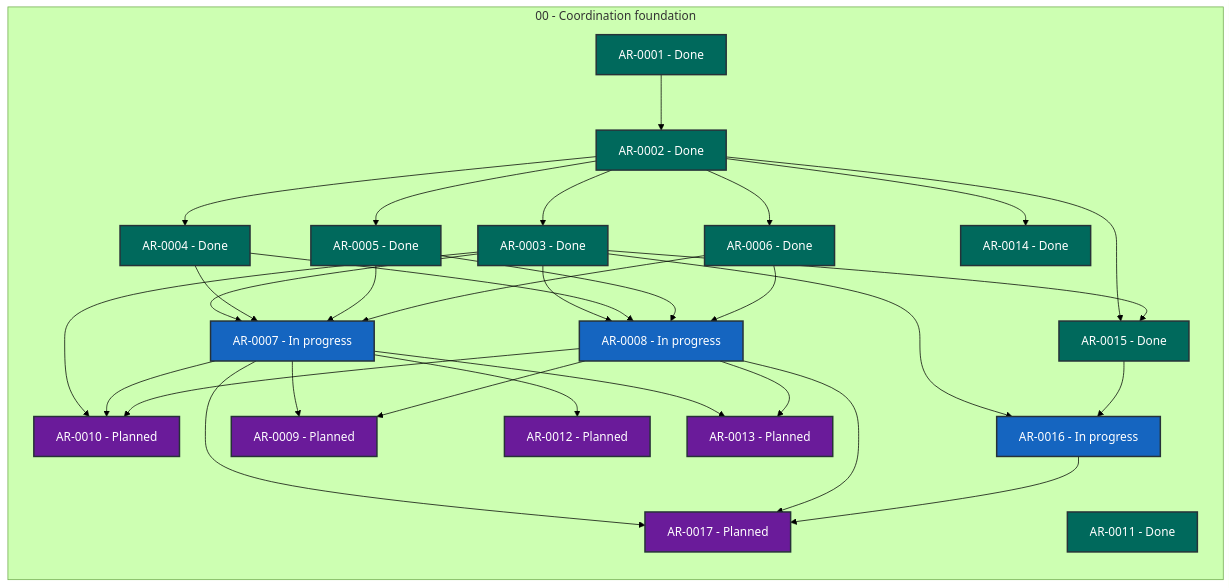
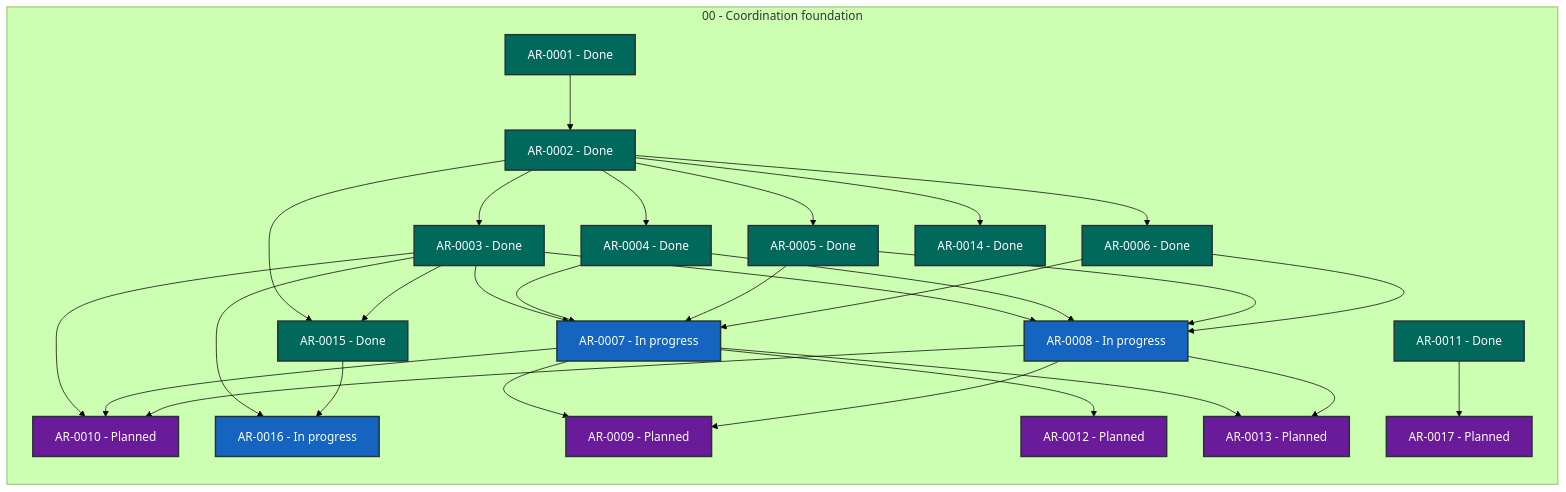
Before and after one commit to martin-beck/agent-workflow-coordinator-state: the diagram in STATUS.md, drawn with Mermaid (forest theme). The commit also changed other lines of this file, not shown here.

````diff
--- a/STATUS.md
+++ b/STATUS.md
@@ -27,60 +27,58 @@
 ```mermaid
 flowchart LR
     subgraph series_00["00 - Coordination foundation"]
         direction TB
         AR_0001["AR-0001 - Done"]:::status_done
         AR_0002["AR-0002 - Done"]:::status_done
         AR_0003["AR-0003 - Done"]:::status_done
         AR_0004["AR-0004 - Done"]:::status_done
         AR_0005["AR-0005 - Done"]:::status_done
         AR_0006["AR-0006 - Done"]:::status_done
         AR_0007["AR-0007 - In progress"]:::status_in_progress
         AR_0008["AR-0008 - In progress"]:::status_in_progress
         AR_0009["AR-0009 - Planned"]:::status_planned
         AR_0010["AR-0010 - Planned"]:::status_planned
         AR_0011["AR-0011 - Done"]:::status_done
         AR_0012["AR-0012 - Planned"]:::status_planned
         AR_0013["AR-0013 - Planned"]:::status_planned
         AR_0014["AR-0014 - Done"]:::status_done
         AR_0015["AR-0015 - Done"]:::status_done
         AR_0016["AR-0016 - In progress"]:::status_in_progress
         AR_0017["AR-0017 - Planned"]:::status_planned
     end
     AR_0001 --> AR_0002
     AR_0002 --> AR_0003
     AR_0002 --> AR_0004
     AR_0002 --> AR_0005
     AR_0002 --> AR_0006
     AR_0002 --> AR_0014
     AR_0002 --> AR_0015
     AR_0003 --> AR_0007
     AR_0003 --> AR_0008
     AR_0003 --> AR_0010
     AR_0003 --> AR_0015
     AR_0003 --> AR_0016
     AR_0004 --> AR_0007
     AR_0004 --> AR_0008
     AR_0005 --> AR_0007
     AR_0005 --> AR_0008
     AR_0006 --> AR_0007
     AR_0006 --> AR_0008
     AR_0007 --> AR_0009
     AR_0007 --> AR_0010
     AR_0007 --> AR_0012
     AR_0007 --> AR_0013
-    AR_0007 --> AR_0017
     AR_0008 --> AR_0009
     AR_0008 --> AR_0010
     AR_0008 --> AR_0013
-    AR_0008 --> AR_0017
+    AR_0011 --> AR_0017
     AR_0015 --> AR_0016
-    AR_0016 --> AR_0017
     classDef status_in_progress fill:#1565c0,color:#ffffff,stroke:#263238,stroke-width:2px
     classDef status_open fill:#2e7d32,color:#ffffff,stroke:#263238,stroke-width:2px
     classDef status_blocked fill:#c62828,color:#ffffff,stroke:#263238,stroke-width:2px
     classDef status_planned fill:#6a1b9a,color:#ffffff,stroke:#263238,stroke-width:2px
     classDef status_future fill:#455a64,color:#ffffff,stroke:#263238,stroke-width:2px
     classDef status_done fill:#00695c,color:#ffffff,stroke:#263238,stroke-width:2px
     classDef status_cancelled fill:#616161,color:#ffffff,stroke:#263238,stroke-width:2px
     classDef status_superseded fill:#5d4037,color:#ffffff,stroke:#263238,stroke-width:2px
 ```
````
